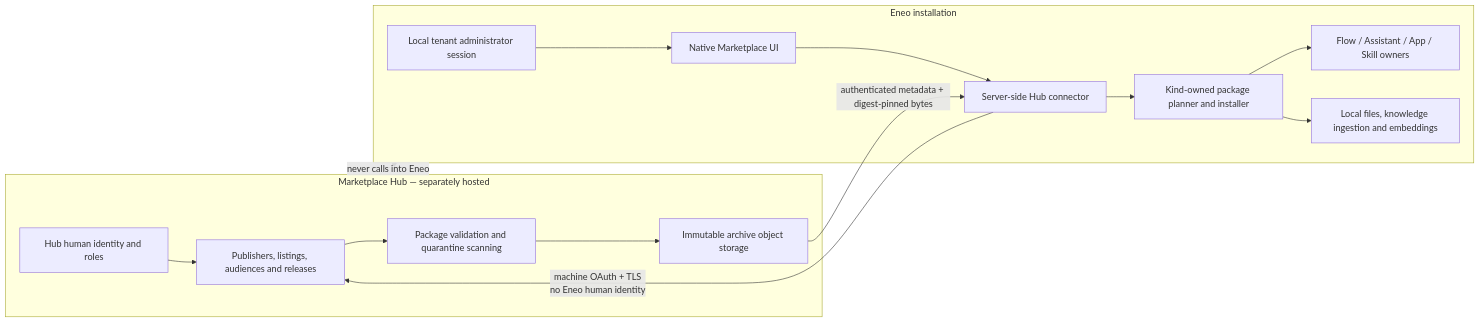
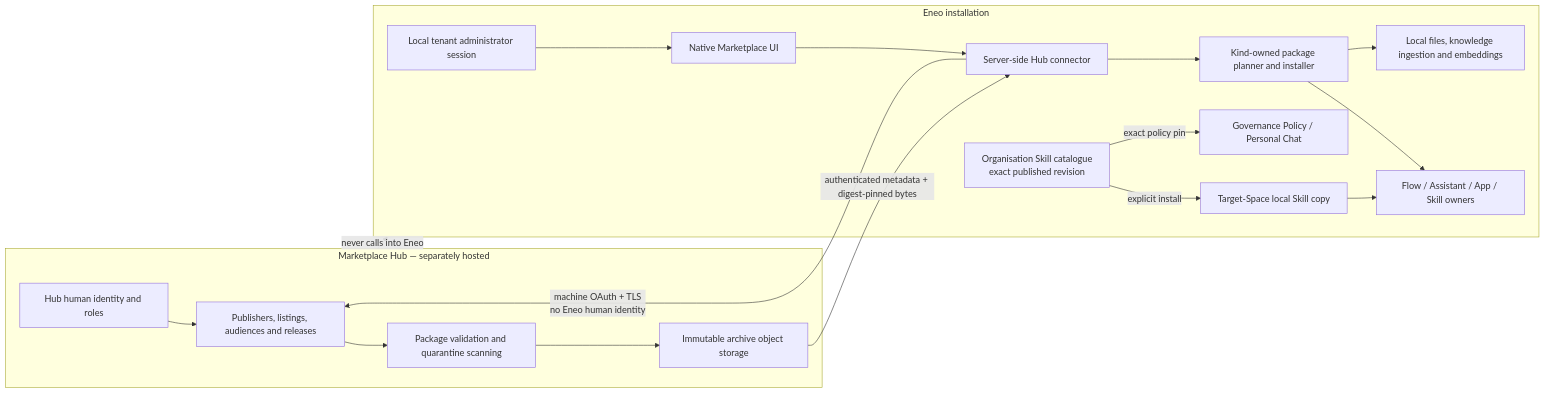
Before and after one commit to eneo-ai/eneo: the first of 2 diagrams in docs/adr/marketplace-hub-package-portability-and-skills.md, drawn with Mermaid. The commit also changed other lines of this file, not shown here.

First line of the commit message:
docs(marketplace): define governed Skill catalogue delivery

````diff
--- a/docs/adr/marketplace-hub-package-portability-and-skills.md
+++ b/docs/adr/marketplace-hub-package-portability-and-skills.md
@@ -230,30 +255,36 @@
 ```mermaid
 flowchart LR
     subgraph Hub["Marketplace Hub — separately hosted"]
         HU["Hub human identity and roles"]
         CAT["Publishers, listings, audiences and releases"]
         VAL["Package validation and quarantine scanning"]
         OBJ["Immutable archive object storage"]
         HU --> CAT
         CAT --> VAL
         VAL --> OBJ
     end
 
     subgraph Eneo["Eneo installation"]
         LA["Local tenant administrator session"]
         UI["Native Marketplace UI"]
         CON["Server-side Hub connector"]
         PLAN["Kind-owned package planner and installer"]
         DOM["Flow / Assistant / App / Skill owners"]
+        ORG["Organisation Skill catalogue\nexact published revision"]
+        LOCAL["Target-Space local Skill copy"]
+        GOV["Governance Policy / Personal Chat"]
         KNO["Local files, knowledge ingestion and embeddings"]
         LA --> UI
         UI --> CON
         CON --> PLAN
         PLAN --> DOM
         PLAN --> KNO
+        ORG -- "explicit install" --> LOCAL
+        ORG -- "exact policy pin" --> GOV
+        LOCAL --> DOM
     end
 
     CON -- "machine OAuth + TLS\nno Eneo human identity" --> CAT
     OBJ -- "authenticated metadata + digest-pinned bytes" --> CON
     Hub -. "never calls into Eneo" .-> Eneo
 ```
````
